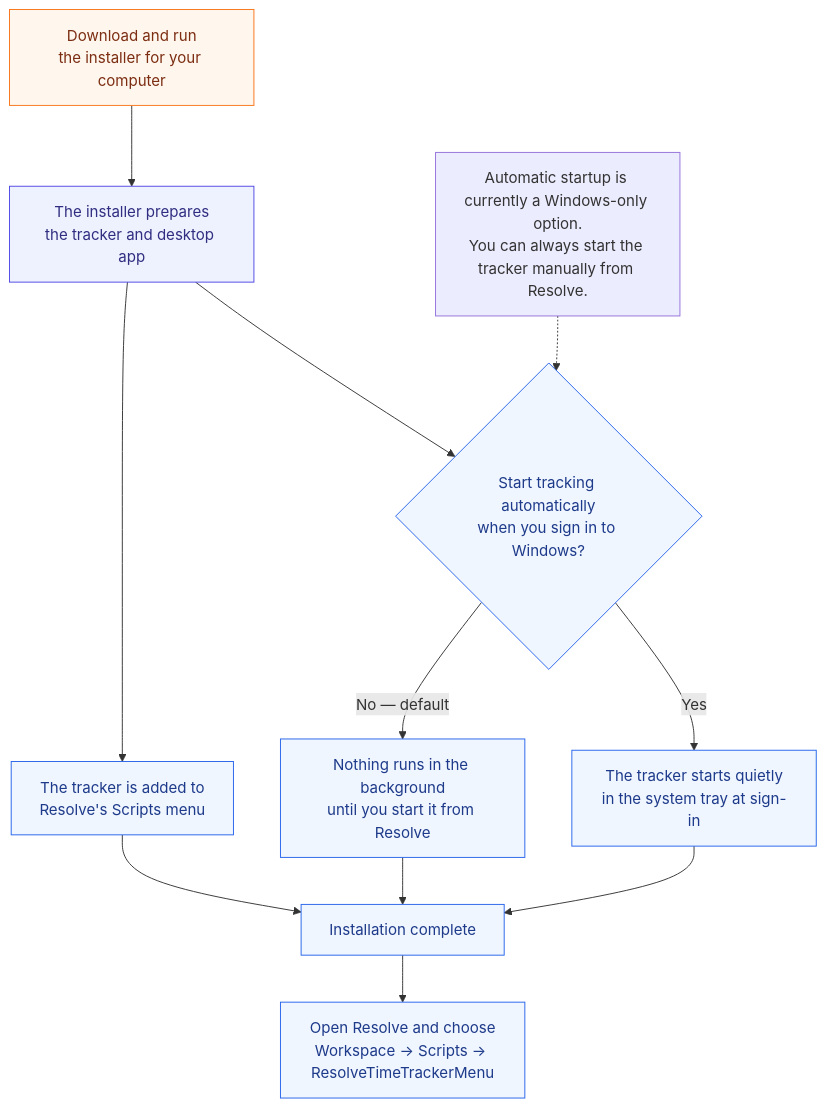
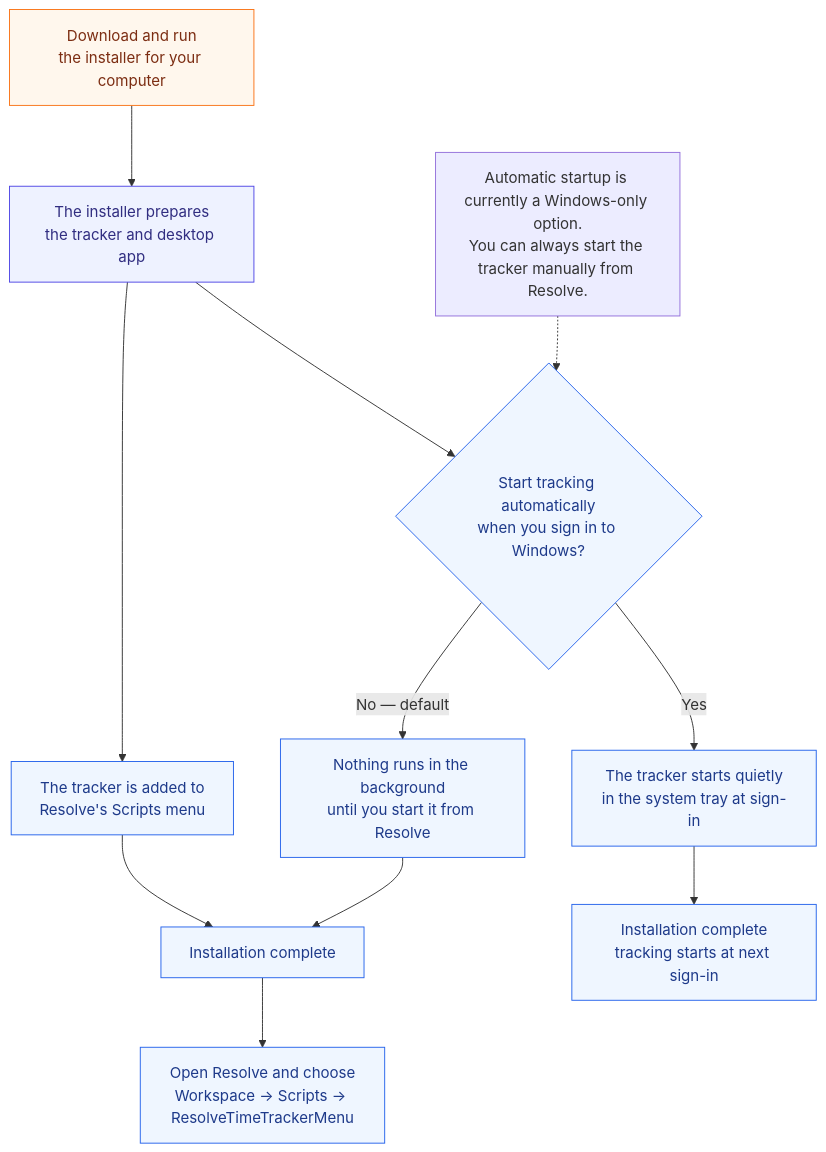
Before and after one commit to Today20092/Davinci-Resolve-TimeTracker: the second of 2 diagrams in README.md, drawn with Mermaid. The commit also changed other lines of this file and 8 other files, not shown here.

````diff
--- a/README.md
+++ b/README.md
@@ -182,25 +213,25 @@
 ```mermaid
 flowchart TD
   Download["Download and run<br/>the installer for your computer"]
   Download --> Prepare["The installer prepares<br/>the tracker and desktop app"]
   Prepare --> Menu["The tracker is added to<br/>Resolve's Scripts menu"]
   Prepare --> Choice{"Start tracking automatically<br/>when you sign in to Windows?"}
 
   Choice -->|No — default| Manual["Nothing runs in the background<br/>until you start it from Resolve"]
   Choice -->|Yes| Automatic["The tracker starts quietly<br/>in the system tray at sign-in"]
 
   Manual --> Ready["Installation complete"]
-  Automatic --> Ready
+  Automatic --> Done["Installation complete<br/>tracking starts at next sign-in"]
   Menu --> Ready
   Ready --> Use["Open Resolve and choose<br/>Workspace → Scripts → ResolveTimeTrackerMenu"]
 
   Note["Automatic startup is currently a Windows-only option.<br/>You can always start the tracker manually from Resolve."] -.-> Choice
 
   classDef bootstrap fill:#fff7ed,stroke:#f97316,color:#7c2d12
   classDef setup fill:#eef2ff,stroke:#4f46e5,color:#312e81
   classDef resolve fill:#eff6ff,stroke:#2563eb,color:#1e3a8a
 
   class Download bootstrap
   class Prepare setup
-  class Menu,Choice,Manual,Automatic,Ready,Use resolve
+  class Menu,Choice,Manual,Automatic,Ready,Done,Use resolve
 ```
````
